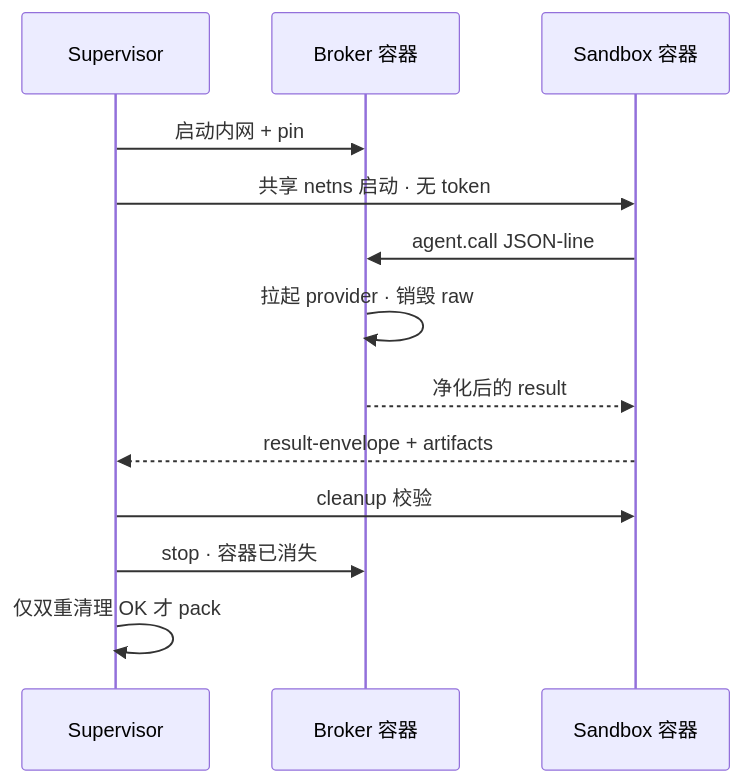
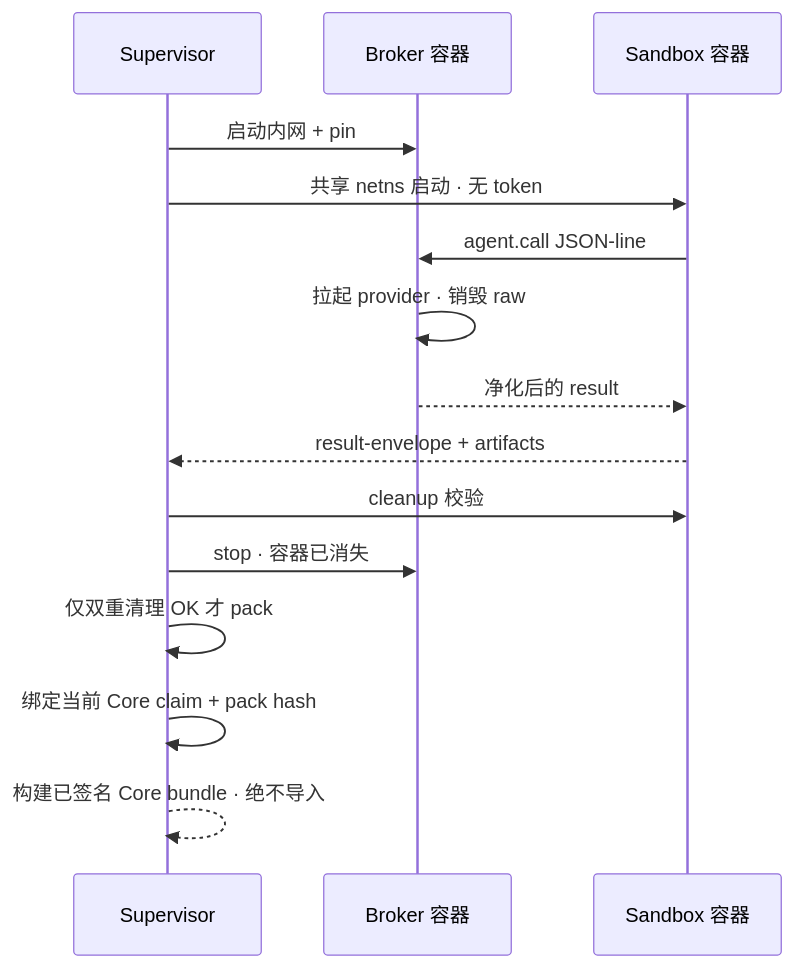
Diagram 12 of 12 in README.zh-CN.md (DandreYang/DyroEngineeringFlow), drawn with Mermaid before and after one commit. The commit also changed other lines of this file and 44 other files, not shown here.

````diff
--- a/README.zh-CN.md
+++ b/README.zh-CN.md
@@ -275,16 +286,18 @@
 ```mermaid
 sequenceDiagram
   participant S as Supervisor
   participant B as Broker 容器
   participant W as Sandbox 容器
 
   S->>B: 启动内网 + pin
   S->>W: 共享 netns 启动 · 无 token
   W->>B: agent.call JSON-line
   B->>B: 拉起 provider · 销毁 raw
   B-->>W: 净化后的 result
   W-->>S: result-envelope + artifacts
   S->>W: cleanup 校验
   S->>B: stop · 容器已消失
   S->>S: 仅双重清理 OK 才 pack
+  S->>S: 绑定当前 Core claim + pack hash
+  S-->>S: 构建已签名 Core bundle · 绝不导入
 ```
````
